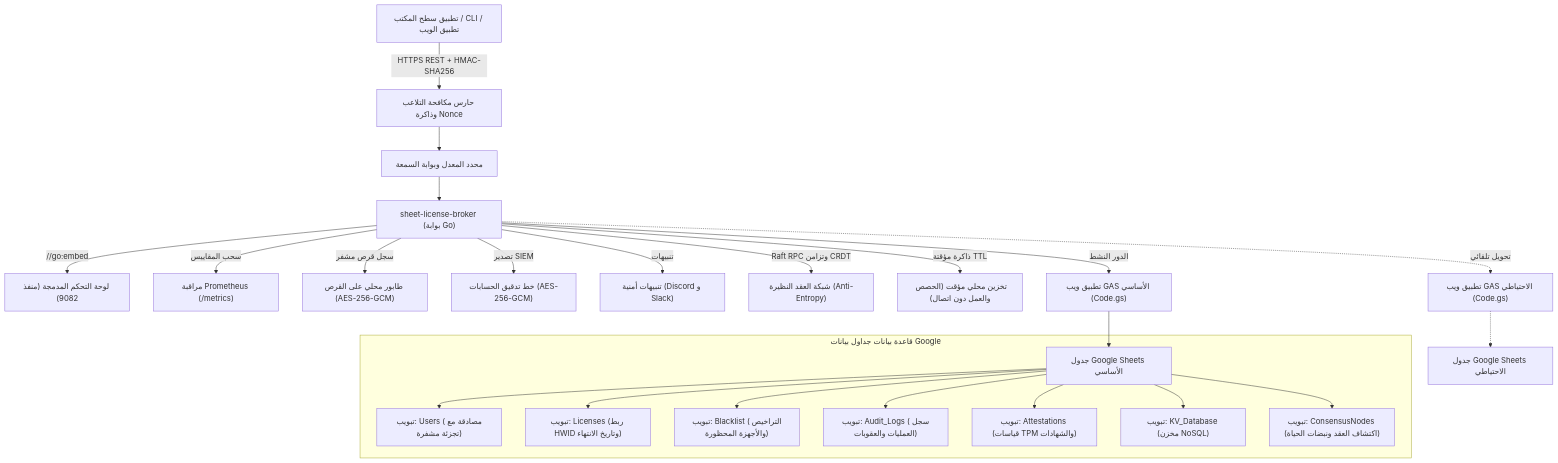
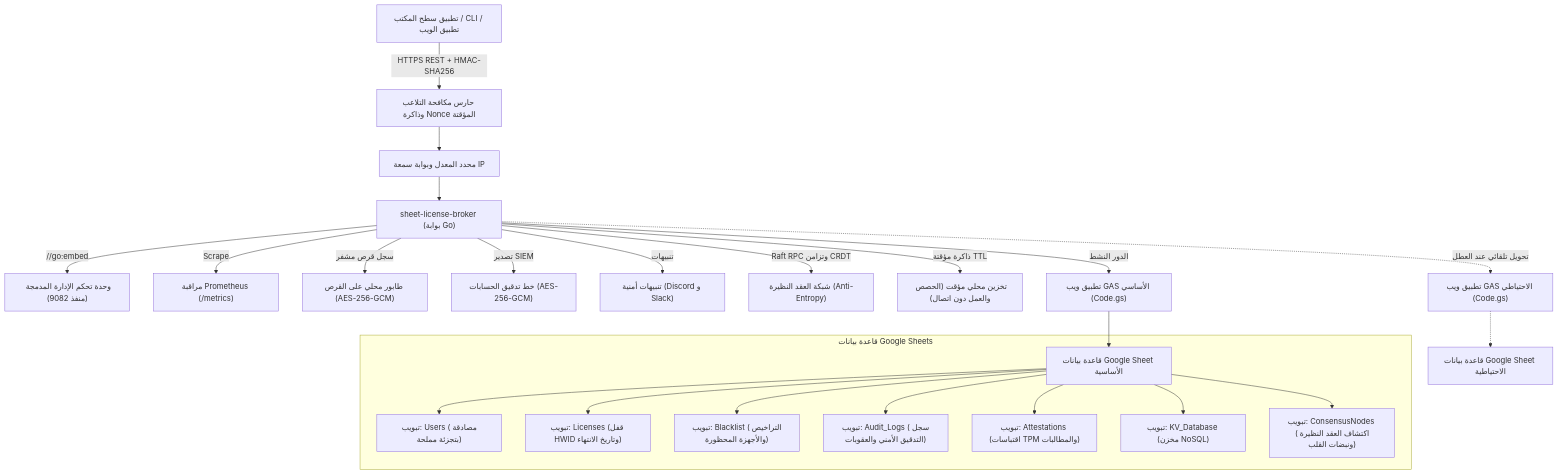
Before and after one commit to kLauncher1/sheet-license-broker: the diagram in docs/locales/ar.md, drawn with Mermaid. The commit also changed other lines of this file and 8 other files, not shown here.

````diff
--- a/docs/locales/ar.md
+++ b/docs/locales/ar.md
@@ -66,27 +80,27 @@
 ```mermaid
 flowchart TD
-    Client["تطبيق سطح المكتب / CLI / تطبيق الويب"] -->|HTTPS REST + HMAC-SHA256| Guard["حارس مكافحة التلاعب وذاكرة Nonce"]
-    Guard --> Limiter["محدد المعدل وبوابة السمعة"]
+    Client["تطبيق سطح المكتب / CLI / تطبيق الويب"] -->|HTTPS REST + HMAC-SHA256| Guard["حارس مكافحة التلاعب وذاكرة Nonce المؤقتة"]
+    Guard --> Limiter["محدد المعدل وبوابة سمعة IP"]
     Limiter --> Broker["sheet-license-broker (بوابة Go)"]
-    Broker -->|//go:embed| WebUI["لوحة التحكم المدمجة (منفذ 9082)"]
-    Broker -->|سحب المقاييس| Prom["مراقبة Prometheus (/metrics)"]
+    Broker -->|//go:embed| WebUI["وحدة تحكم الإدارة المدمجة (منفذ 9082)"]
+    Broker -->|Scrape| Prom["مراقبة Prometheus (/metrics)"]
     Broker -->|سجل قرص مشفر| Spool["طابور محلي على القرص (AES-256-GCM)"]
     Broker -->|تصدير SIEM| SIEM["خط تدقيق الحسابات (AES-256-GCM)"]
     Broker -->|تنبيهات| Alerts["تنبيهات أمنية (Discord و Slack)"]
     Broker -->|Raft RPC وتزامن CRDT| Peers["شبكة العقد النظيرة (Anti-Entropy)"]
     Broker -->|ذاكرة مؤقتة TTL| Cache["تخزين محلي مؤقت (الحصص والعمل دون اتصال)"]
     Broker -->|الدور النشط| Primary["تطبيق ويب GAS الأساسي (Code.gs)"]
-    Broker -.->|تحويل تلقائي| Standby["تطبيق ويب GAS الاحتياطي (Code.gs)"]
-    Primary --> Sheets1["جدول Google Sheets الأساسي"]
-    Standby -.-> Sheets2["جدول Google Sheets الاحتياطي"]
+    Broker -.->|تحويل تلقائي عند العطل| Standby["تطبيق ويب GAS الاحتياطي (Code.gs)"]
+    Primary --> Sheets1["قاعدة بيانات Google Sheet الأساسية"]
+    Standby -.-> Sheets2["قاعدة بيانات Google Sheet الاحتياطية"]
 
-    subgraph قاعدة بيانات جداول بيانات Google
-        Sheets1 --> Tab1["تبويب: Users (مصادقة مع تجزئة مشفرة)"]
-        Sheets1 --> Tab2["تبويب: Licenses (ربط HWID وتاريخ الانتهاء)"]
+    subgraph قاعدة بيانات Google Sheets
+        Sheets1 --> Tab1["تبويب: Users (مصادقة بتجزئة مملحة)"]
+        Sheets1 --> Tab2["تبويب: Licenses (قفل HWID وتاريخ الانتهاء)"]
         Sheets1 --> Tab3["تبويب: Blacklist (التراخيص والأجهزة المحظورة)"]
-        Sheets1 --> Tab4["تبويب: Audit_Logs (سجل العمليات والعقوبات)"]
-        Sheets1 --> Tab5["تبويب: Attestations (قياسات TPM والشهادات)"]
+        Sheets1 --> Tab4["تبويب: Audit_Logs (سجل التدقيق الأمني والعقوبات)"]
+        Sheets1 --> Tab5["تبويب: Attestations (اقتباسات TPM والمطالبات)"]
         Sheets1 --> Tab6["تبويب: KV_Database (مخزن NoSQL)"]
-        Sheets1 --> Tab7["تبويب: ConsensusNodes (اكتشاف العقد ونبضات الحياة)"]
+        Sheets1 --> Tab7["تبويب: ConsensusNodes (اكتشاف العقد النظيرة ونبضات القلب)"]
     end
 ```
````
